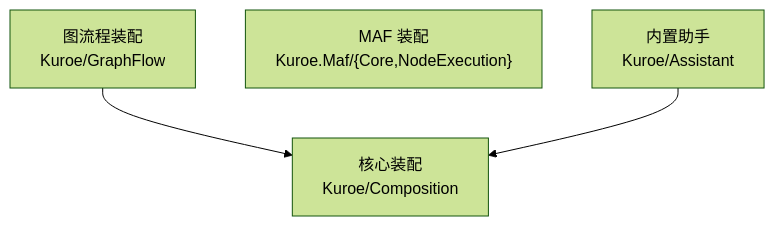
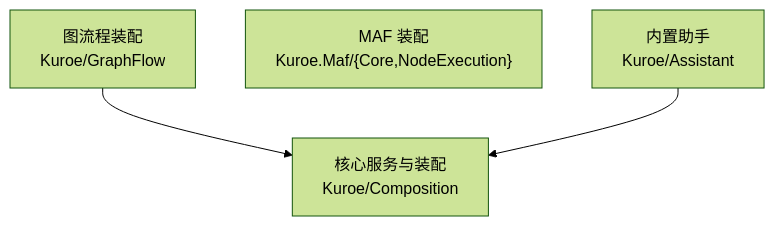
One commit to DrMelt/Kuroe changed the diagram in docs/dev/architecture/functional-boundary/assembly/index.md. Above: the diagram before and after it, drawn with Mermaid (forest theme). The commit also changed other lines of this file and 19 other files, not shown here.

````diff
--- a/docs/dev/architecture/functional-boundary/assembly/index.md
+++ b/docs/dev/architecture/functional-boundary/assembly/index.md
@@ -5,9 +5,9 @@
 ```mermaid
 flowchart TD
-    Composition["核心装配<br>Kuroe/Composition"]
+    Composition["核心服务与装配<br>Kuroe/Composition"]
     GraphFlow["图流程装配<br>Kuroe/GraphFlow"]
     Maf["MAF 装配<br>Kuroe.Maf/{Core,NodeExecution}"]
     Assistant["内置助手<br>Kuroe/Assistant"]
     GraphFlow --> Composition
     Assistant --> Composition
 ```
````
